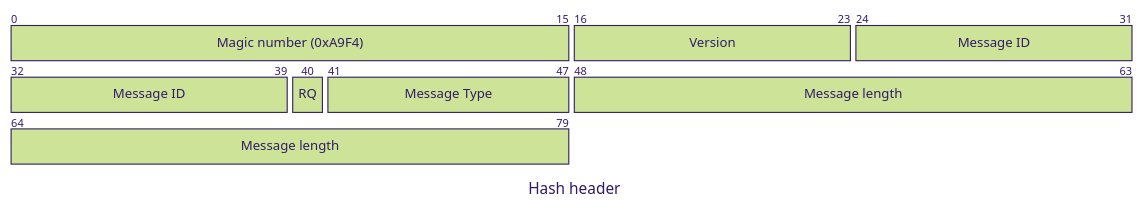
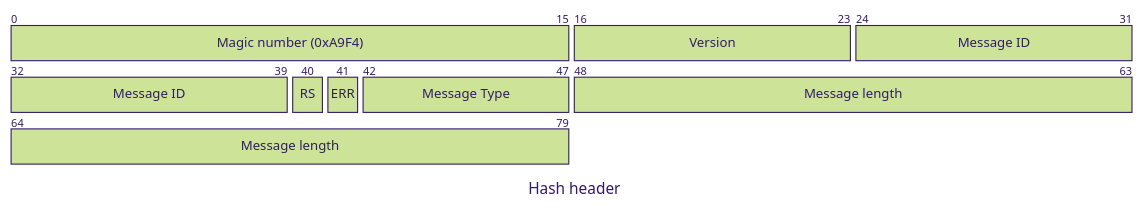
One commit to xmidt-org/hashy changed the first of 5 diagrams in README.md. Above: the diagram before and after it, drawn with Mermaid (forest theme). The commit also changed other lines of this file, not shown here.

````diff
--- a/README.md
+++ b/README.md
@@ -39,12 +39,13 @@
 ```mermaid
 ---
 title: "Hash header"
 ---
 packet
 +16: "Magic number (0xA9F4)"
 +8: "Version"
 +16: "Message ID"
-+1: "RQ"
-+7: "Message Type"
++1: "RS"
++1: "ERR"
++6: "Message Type"
 +32: "Message length"
 ```
````
